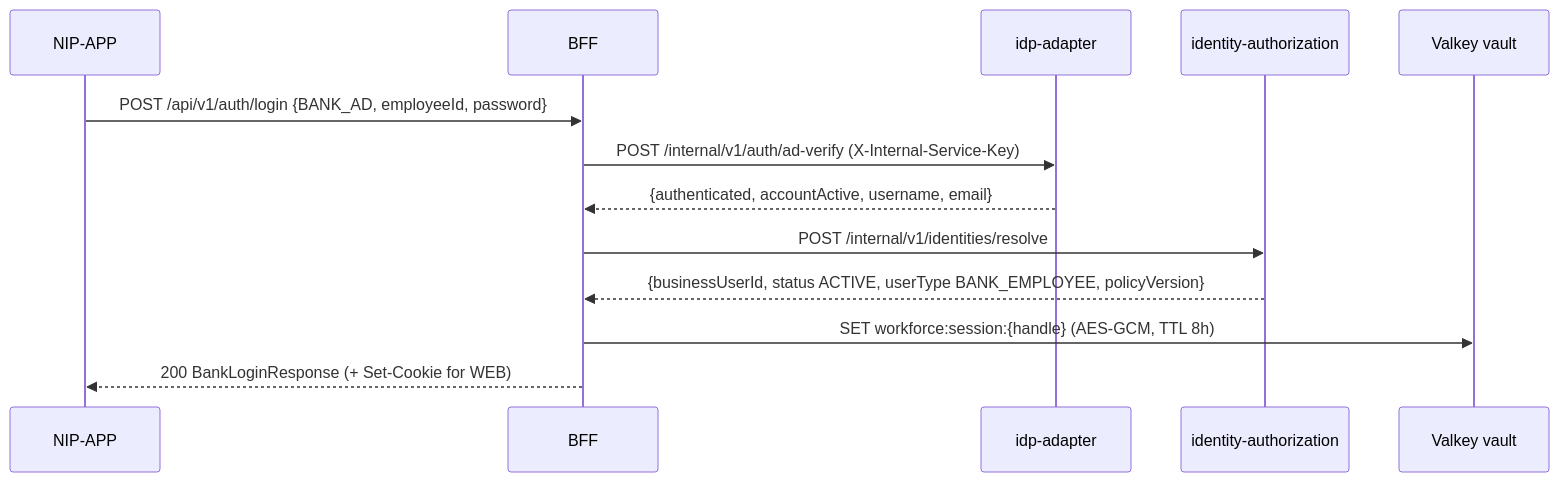
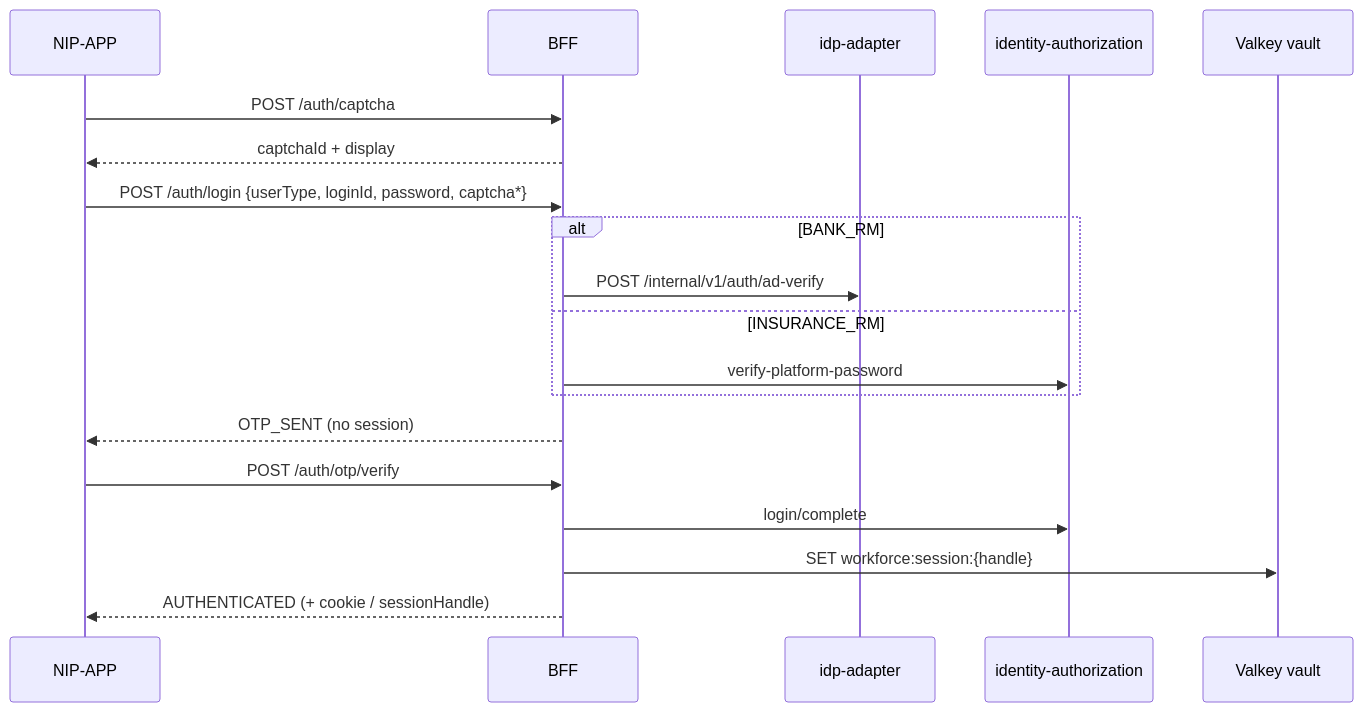
The first of 3 diagrams in docs/platform/contracts/workforce-access-bff/LLD.md (Mahesh38/bank-insurance-platform), drawn with Mermaid before and after one commit. The commit also changed other lines of this file and 29 other files, not shown here.

First line of the commit message:
SUG-20261028-1lg — one Login BRD auth surface (retire IAM-001 dual login) (#165)

````diff
--- a/docs/platform/contracts/workforce-access-bff/LLD.md
+++ b/docs/platform/contracts/workforce-access-bff/LLD.md
@@ -92,15 +91,21 @@
 ```mermaid
 sequenceDiagram
     participant App as NIP-APP
     participant BFF
     participant IDP as idp-adapter
     participant AZ as identity-authorization
     participant V as Valkey vault
-    App->>BFF: POST /api/v1/auth/login {BANK_AD, employeeId, password}
-    BFF->>IDP: POST /internal/v1/auth/ad-verify (X-Internal-Service-Key)
-    IDP-->>BFF: {authenticated, accountActive, username, email}
-    BFF->>AZ: POST /internal/v1/identities/resolve
-    AZ-->>BFF: {businessUserId, status ACTIVE, userType BANK_EMPLOYEE, policyVersion}
-    BFF->>V: SET workforce:session:{handle} (AES-GCM, TTL 8h)
-    BFF-->>App: 200 BankLoginResponse (+ Set-Cookie for WEB)
+    App->>BFF: POST /auth/captcha
+    BFF-->>App: captchaId + display
+    App->>BFF: POST /auth/login {userType, loginId, password, captcha*}
+    alt BANK_RM
+      BFF->>IDP: POST /internal/v1/auth/ad-verify
+    else INSURANCE_RM
+      BFF->>AZ: verify-platform-password
+    end
+    BFF-->>App: OTP_SENT (no session)
+    App->>BFF: POST /auth/otp/verify
+    BFF->>AZ: login/complete
+    BFF->>V: SET workforce:session:{handle}
+    BFF-->>App: AUTHENTICATED (+ cookie / sessionHandle)
 ```
````
